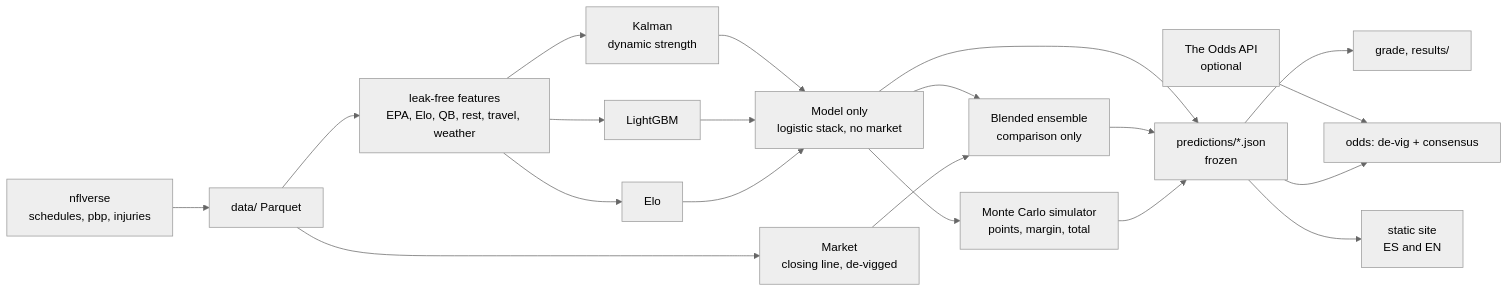
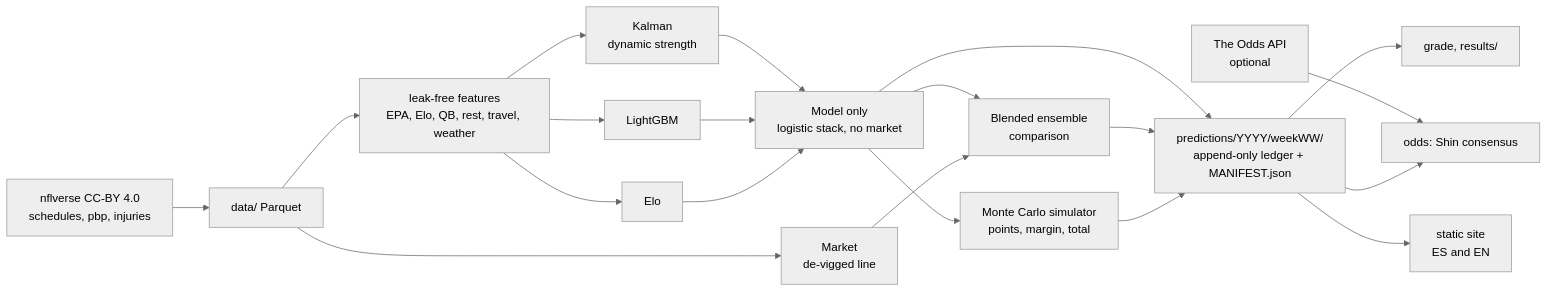
The diagram in README.md (jesusparrat/ensemblitz), drawn with Mermaid (neutral theme) before and after one commit. The commit also changed other lines of this file and 24 other files, not shown here.

````diff
--- a/README.md
+++ b/README.md
@@ -21,22 +21,22 @@
 ```mermaid
 flowchart LR
-  NV[nflverse<br/>schedules, pbp, injuries] --> D[data/ Parquet]
+  NV[nflverse CC-BY 4.0<br/>schedules, pbp, injuries] --> D[data/ Parquet]
   D --> F[leak-free features<br/>EPA, Elo, QB, rest, travel, weather]
   F --> K[Kalman<br/>dynamic strength]
   F --> G[LightGBM]
   F --> E[Elo]
   K --> MO[Model only<br/>logistic stack, no market]
   G --> MO
   E --> MO
-  D --> M[Market<br/>closing line, de-vigged]
-  MO --> S[Blended ensemble<br/>comparison only]
+  D --> M[Market<br/>de-vigged line]
+  MO --> S[Blended ensemble<br/>comparison]
   M --> S
   MO --> SIM[Monte Carlo simulator<br/>points, margin, total]
-  MO --> P[predictions/*.json<br/>frozen]
+  MO --> P[predictions/YYYY/weekWW/<br/>append-only ledger + MANIFEST.json]
   S --> P
   SIM --> P
   P --> GR[grade, results/]
-  OA[The Odds API<br/>optional] --> OD[odds: de-vig + consensus]
+  OA[The Odds API<br/>optional] --> OD[odds: Shin consensus]
   P --> OD
   P --> W[static site<br/>ES and EN]
 ```
````
